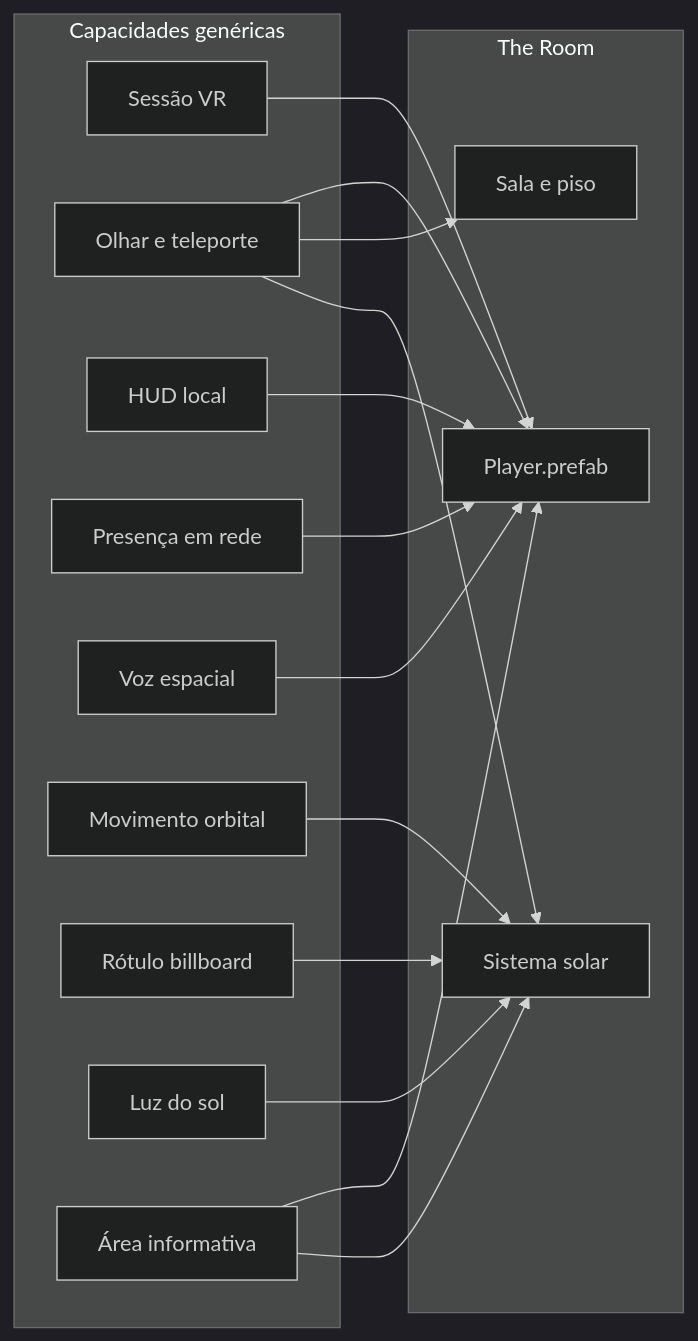
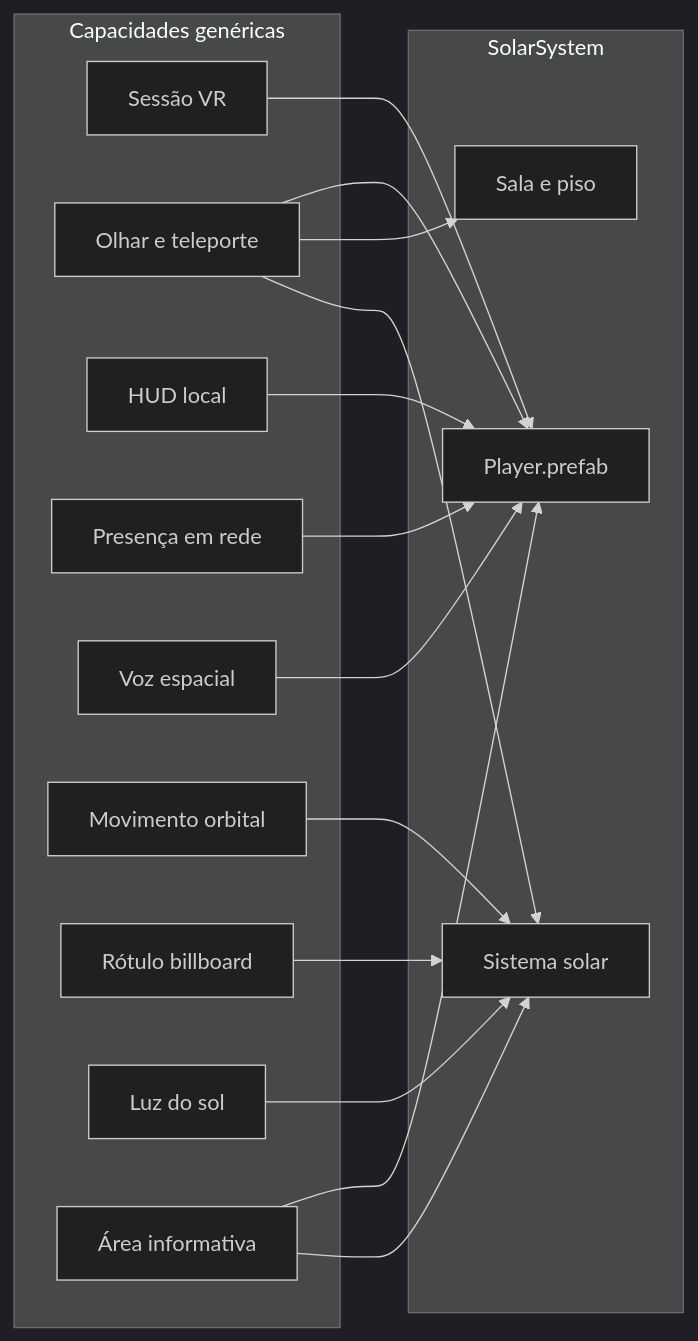
The first of 2 diagrams in docs/arquitetura.md (Ebon-Labs/meta-class-alpha), drawn with Mermaid (dark theme) before and after one commit. The commit also changed other lines of this file and 68 other files, not shown here.

````diff
--- a/docs/arquitetura.md
+++ b/docs/arquitetura.md
@@ -21,33 +21,33 @@
 ```mermaid
 flowchart LR
     subgraph Generico["Capacidades genéricas"]
         VR[Sessão VR]
         Gaze[Olhar e teleporte]
         HUD[HUD local]
         Net[Presença em rede]
         Voice[Voz espacial]
         Orbit[Movimento orbital]
         Label[Rótulo billboard]
         Light[Luz do sol]
         Info[Área informativa]
     end
 
-    subgraph Cena["The Room"]
+    subgraph Cena["SolarSystem"]
         Room[Sala e piso]
         System[Sistema solar]
         Player[Player.prefab]
     end
 
     VR --> Player
     Gaze --> Player
     Gaze --> Room
     Gaze --> System
     HUD --> Player
     Net --> Player
     Voice --> Player
     Orbit --> System
     Label --> System
     Light --> System
     Info --> Player
     Info --> System
 ```
````
